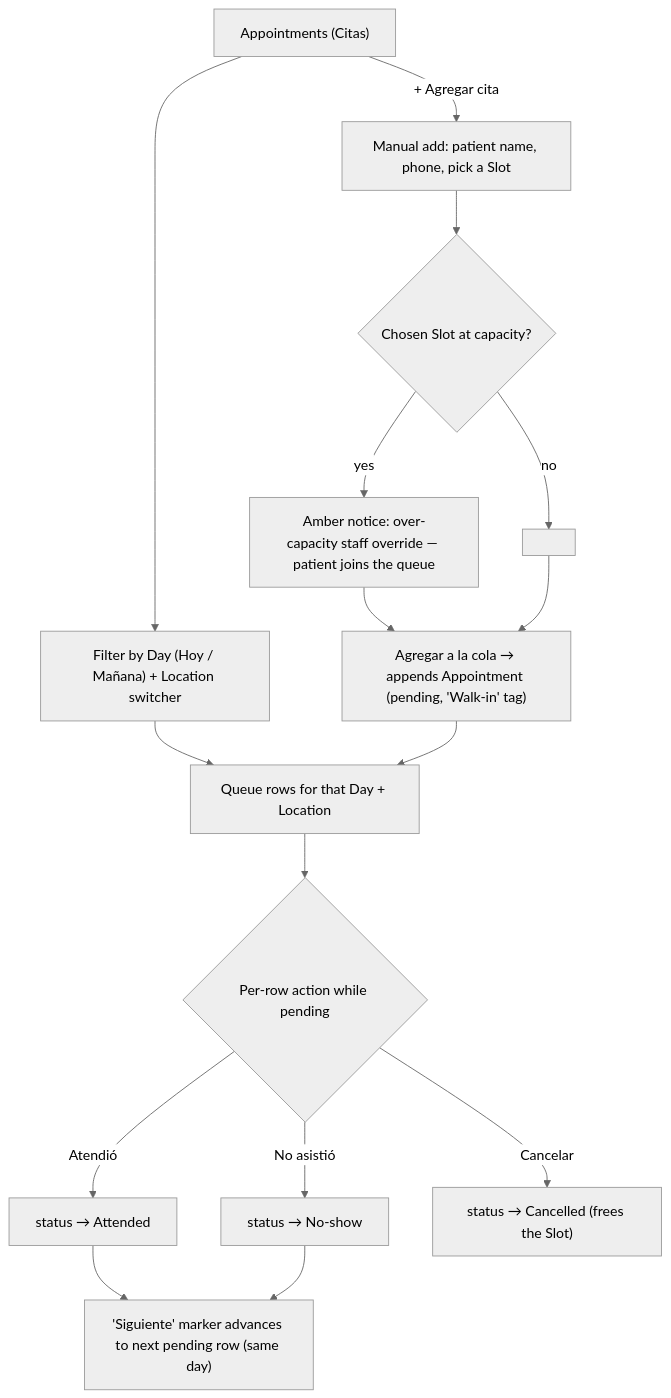
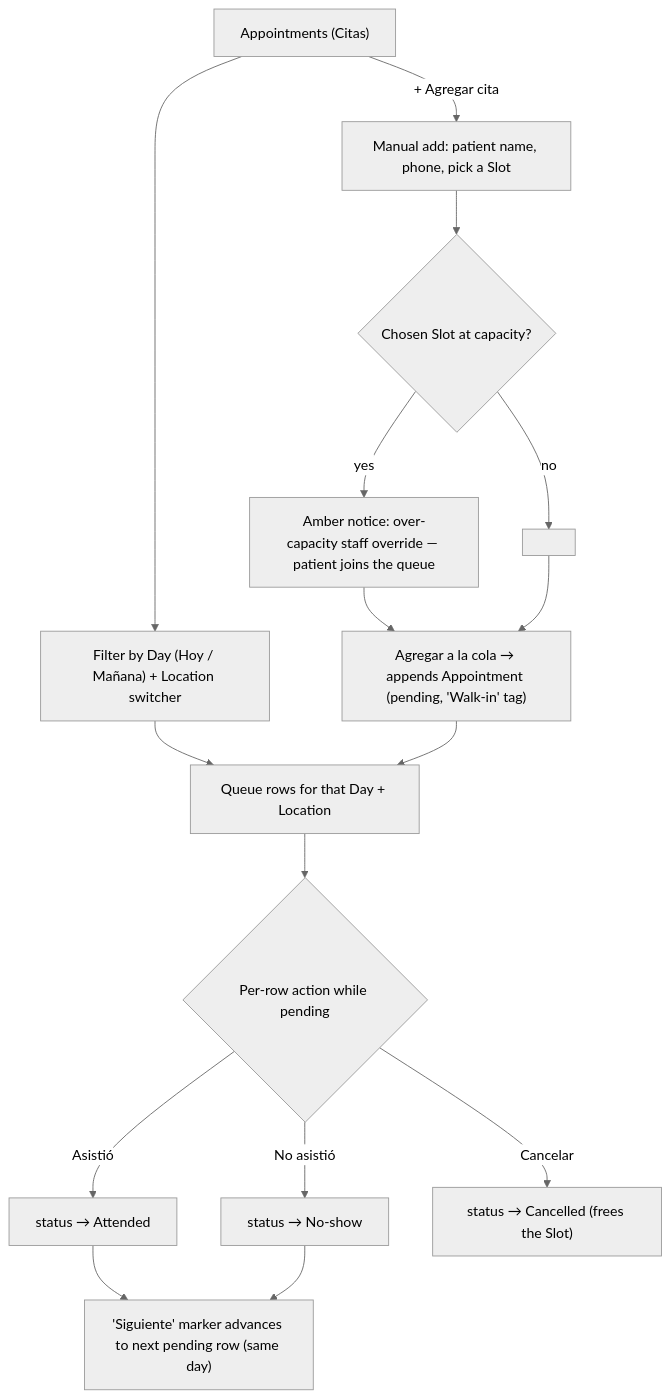
One commit to DaleneyRuben/alivia changed the fourth of 10 diagrams in docs/flows/doctor-assistant-panel.md. Above: the diagram before and after it, drawn with Mermaid (neutral theme). The commit also changed 3 other files, not shown here.

````diff
--- a/docs/flows/doctor-assistant-panel.md
+++ b/docs/flows/doctor-assistant-panel.md
@@ -88,18 +88,18 @@
 ```mermaid
 flowchart TD
     A["Appointments (Citas)"] --> Filt["Filter by Day (Hoy / Mañana) + Location switcher"]
     Filt --> List["Queue rows for that Day + Location"]
     A -->|"+ Agregar cita"| Form["Manual add: patient name, phone, pick a Slot"]
     Form --> Cap{"Chosen Slot at capacity?"}
     Cap -->|"yes"| Over["Amber notice: over-capacity staff override — patient joins the queue"]
     Cap -->|"no"| Ok[" "]
     Over --> Save["Agregar a la cola → appends Appointment (pending, 'Walk-in' tag)"]
     Ok --> Save
     Save --> List
     List --> Row{"Per-row action while pending"}
-    Row -->|"Atendió"| Att["status → Attended"]
+    Row -->|"Asistió"| Att["status → Attended"]
     Row -->|"No asistió"| Ns["status → No-show"]
     Row -->|"Cancelar"| Can["status → Cancelled (frees the Slot)"]
     Att --> Nxt["'Siguiente' marker advances to next pending row (same day)"]
     Ns --> Nxt
 ```
````
